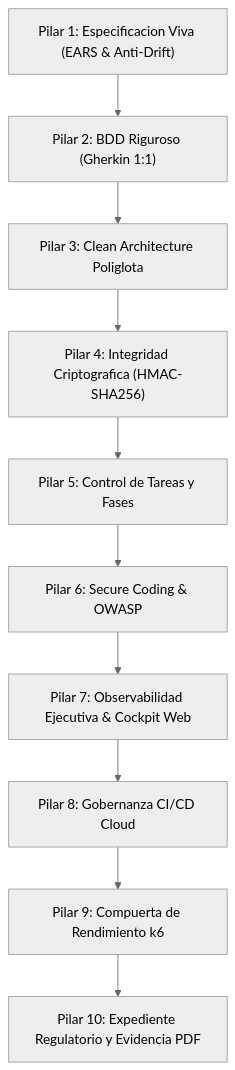
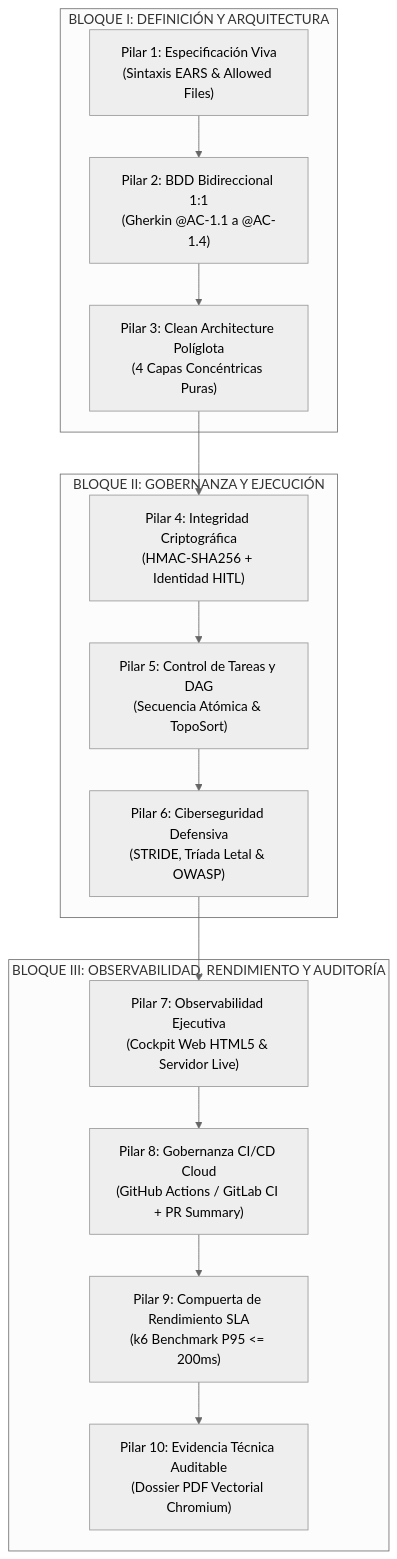
Before and after one commit to svelascotellez/imss-diagram-studio: the third of 12 diagrams in DOCUMENTO_MAESTRO_PROYECTO_SDD_V66.md, drawn with Mermaid (neutral theme). The commit also changed other lines of this file and 4 other files, not shown here.

Commit message:
docs: expand Master White Paper SDD v6.6 with architectural illustrations, Mermaid diagrams, math models, and exhaustive reference tables

````diff
--- a/DOCUMENTO_MAESTRO_PROYECTO_SDD_V66.md
+++ b/DOCUMENTO_MAESTRO_PROYECTO_SDD_V66.md
@@ -77,12 +146,23 @@
 ```mermaid
 flowchart TD
-    P1["Pilar 1: Especificacion Viva (EARS & Anti-Drift)"] --> P2["Pilar 2: BDD Riguroso (Gherkin 1:1)"]
-    P2 --> P3["Pilar 3: Clean Architecture Poliglota"]
-    P3 --> P4["Pilar 4: Integridad Criptografica (HMAC-SHA256)"]
-    P4 --> P5["Pilar 5: Control de Tareas y Fases"]
-    P5 --> P6["Pilar 6: Secure Coding & OWASP"]
-    P6 --> P7["Pilar 7: Observabilidad Ejecutiva & Cockpit Web"]
-    P7 --> P8["Pilar 8: Gobernanza CI/CD Cloud"]
-    P8 --> P9["Pilar 9: Compuerta de Rendimiento k6"]
-    P9 --> P10["Pilar 10: Expediente Regulatorio y Evidencia PDF"]
+    subgraph G1["BLOQUE I: DEFINICIÓN Y ARQUITECTURA"]
+        P1["Pilar 1: Especificación Viva\n(Sintaxis EARS & Allowed Files)"]
+        P2["Pilar 2: BDD Bidireccional 1:1\n(Gherkin @AC-1.1 a @AC-1.4)"]
+        P3["Pilar 3: Clean Architecture Políglota\n(4 Capas Concéntricas Puras)"]
+    end
+
+    subgraph G2["BLOQUE II: GOBERNANZA Y EJECUCIÓN"]
+        P4["Pilar 4: Integridad Criptográfica\n(HMAC-SHA256 + Identidad HITL)"]
+        P5["Pilar 5: Control de Tareas y DAG\n(Secuencia Atómica & TopoSort)"]
+        P6["Pilar 6: Ciberseguridad Defensiva\n(STRIDE, Tríada Letal & OWASP)"]
+    end
+
+    subgraph G3["BLOQUE III: OBSERVABILIDAD, RENDIMIENTO Y AUDITORÍA"]
+        P7["Pilar 7: Observabilidad Ejecutiva\n(Cockpit Web HTML5 & Servidor Live)"]
+        P8["Pilar 8: Gobernanza CI/CD Cloud\n(GitHub Actions / GitLab CI + PR Summary)"]
+        P9["Pilar 9: Compuerta de Rendimiento SLA\n(k6 Benchmark P95 <= 200ms)"]
+        P10["Pilar 10: Evidencia Técnica Auditable\n(Dossier PDF Vectorial Chromium)"]
+    end
+
+    P1 --> P2 --> P3 --> P4 --> P5 --> P6 --> P7 --> P8 --> P9 --> P10
 ```
````
